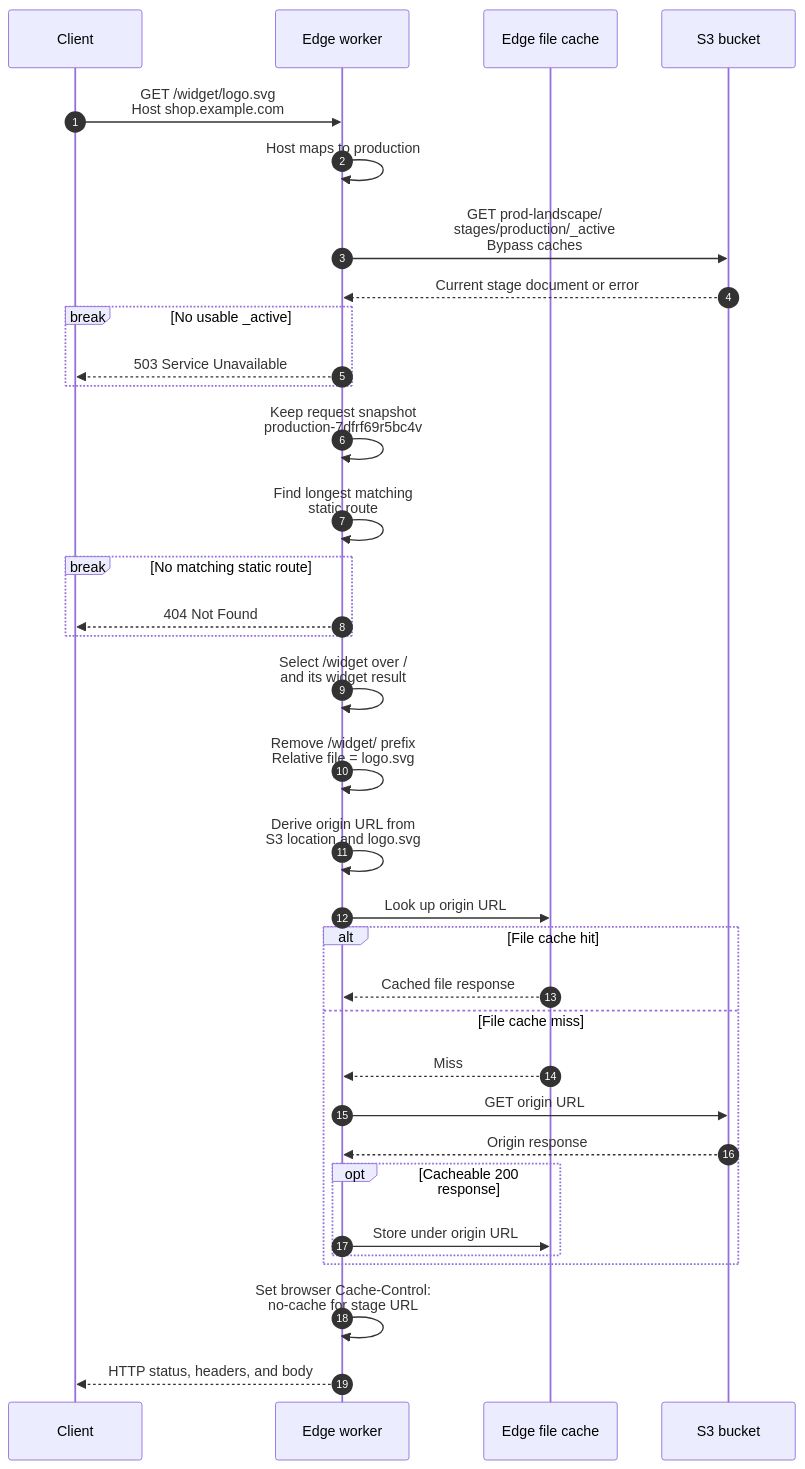
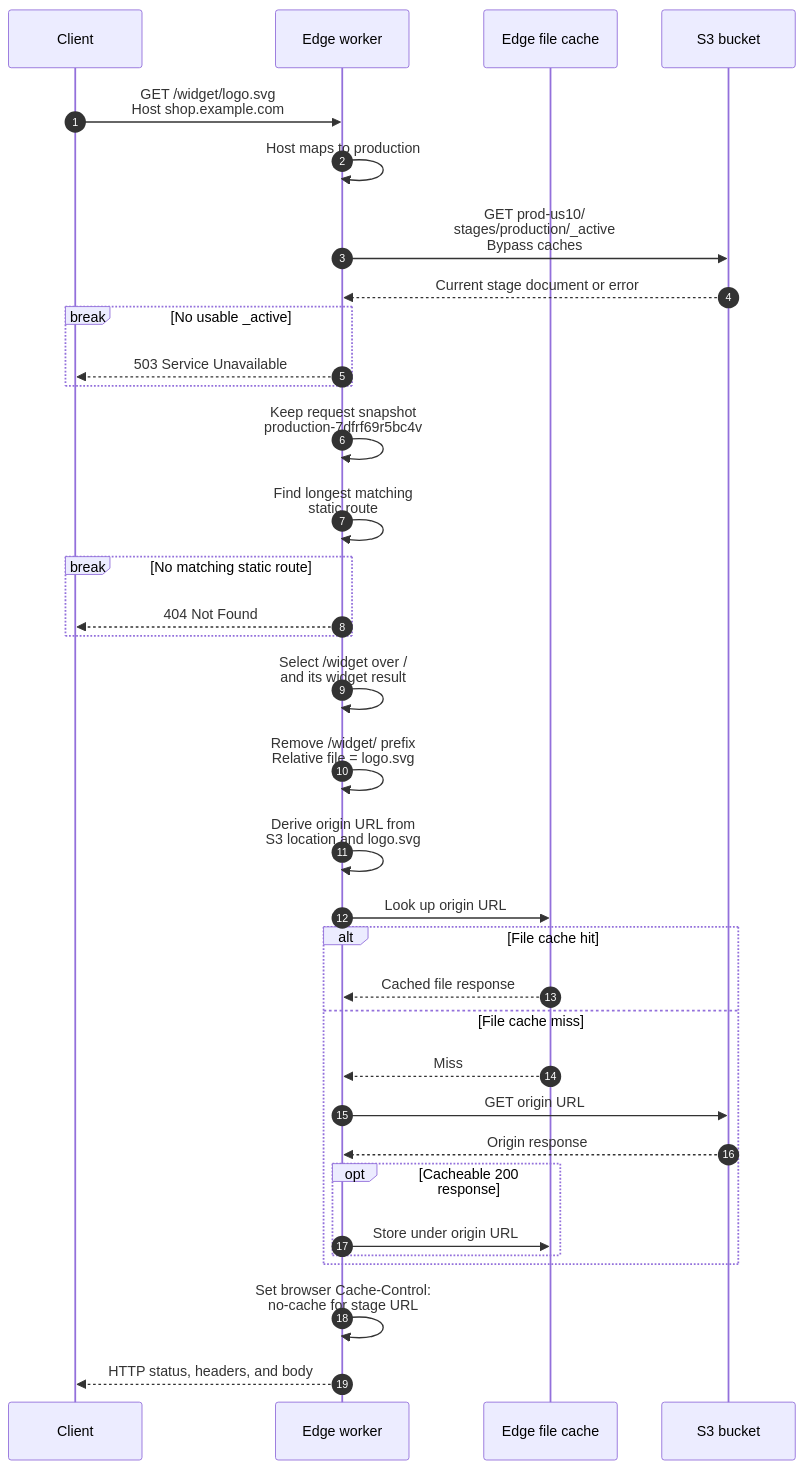
The third of 4 diagrams in src/docs/extend-customize/decisions/adr-0039-static-cdn-deployer.md (konfidence-project/konfidence-docs), drawn with Mermaid before and after one commit. The commit also changed other lines of this file, not shown here.

````diff
--- a/src/docs/extend-customize/decisions/adr-0039-static-cdn-deployer.md
+++ b/src/docs/extend-customize/decisions/adr-0039-static-cdn-deployer.md
@@ -443,36 +443,36 @@
 ```mermaid
 sequenceDiagram
     autonumber
     participant Client
     participant Worker as Edge worker
     participant Cache as Edge file cache
     participant S3 as S3 bucket
     Client->>Worker: GET /widget/logo.svg<br/>Host shop.example.com
     Worker->>Worker: Host maps to production
-    Worker->>S3: GET prod-landscape/<br/>stages/production/_active<br/>Bypass caches
+    Worker->>S3: GET prod-us10/<br/>stages/production/_active<br/>Bypass caches
     S3-->>Worker: Current stage document or error
     break No usable _active
         Worker-->>Client: 503 Service Unavailable
     end
     Worker->>Worker: Keep request snapshot<br/>production-7dfrf69r5bc4v
     Worker->>Worker: Find longest matching<br/>static route
     break No matching static route
         Worker-->>Client: 404 Not Found
     end
     Worker->>Worker: Select /widget over /<br/>and its widget result
     Worker->>Worker: Remove /widget/ prefix<br/>Relative file = logo.svg
     Worker->>Worker: Derive origin URL from<br/>S3 location and logo.svg
     Worker->>Cache: Look up origin URL
     alt File cache hit
         Cache-->>Worker: Cached file response
     else File cache miss
         Cache-->>Worker: Miss
         Worker->>S3: GET origin URL
         S3-->>Worker: Origin response
         opt Cacheable 200 response
             Worker->>Cache: Store under origin URL
         end
     end
     Worker->>Worker: Set browser Cache-Control:<br/>no-cache for stage URL
     Worker-->>Client: HTTP status, headers, and body
 ```
````
